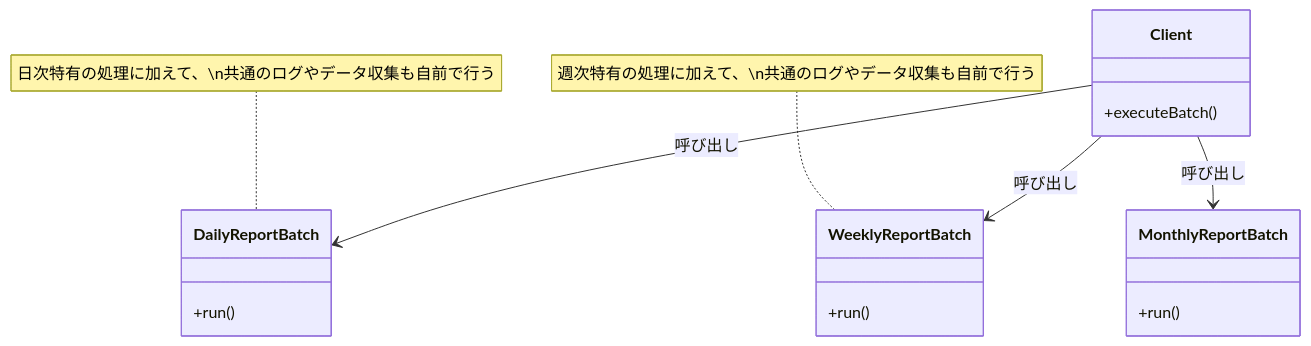
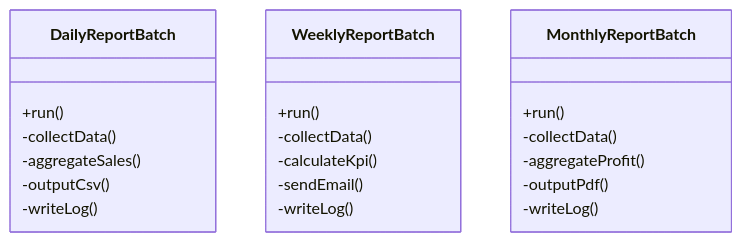
The first of 6 diagrams in kindle/design-patterns/output/chapter04.md (kumachan1101-pixel/DesignPattern), drawn with Mermaid before and after one commit. The commit also changed other lines of this file and 1 other file, not shown here.

````diff
--- a/kindle/design-patterns/output/chapter04.md
+++ b/kindle/design-patterns/output/chapter04.md
@@ -55,22 +59,24 @@
 ```mermaid
 classDiagram
-    class Client {
-        +executeBatch()
-    }
     class DailyReportBatch {
         +run()
+        -collectData()
+        -aggregateSales()
+        -outputCsv()
+        -writeLog()
     }
     class WeeklyReportBatch {
         +run()
+        -collectData()
+        -calculateKpi()
+        -sendEmail()
+        -writeLog()
     }
     class MonthlyReportBatch {
         +run()
+        -collectData()
+        -aggregateProfit()
+        -outputPdf()
+        -writeLog()
     }
-
-    Client --> DailyReportBatch : 呼び出し
-    Client --> WeeklyReportBatch : 呼び出し
-    Client --> MonthlyReportBatch : 呼び出し
-
-    note for DailyReportBatch "日次特有の処理に加えて、\n共通のログやデータ収集も自前で行う"
-    note for WeeklyReportBatch "週次特有の処理に加えて、\n共通のログやデータ収集も自前で行う"
 ```
````
